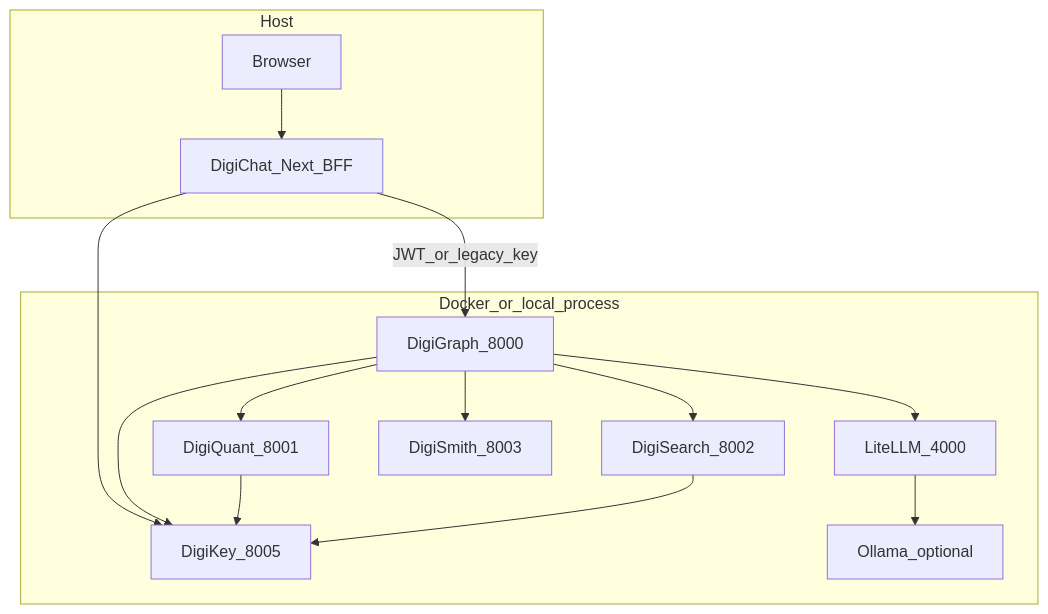
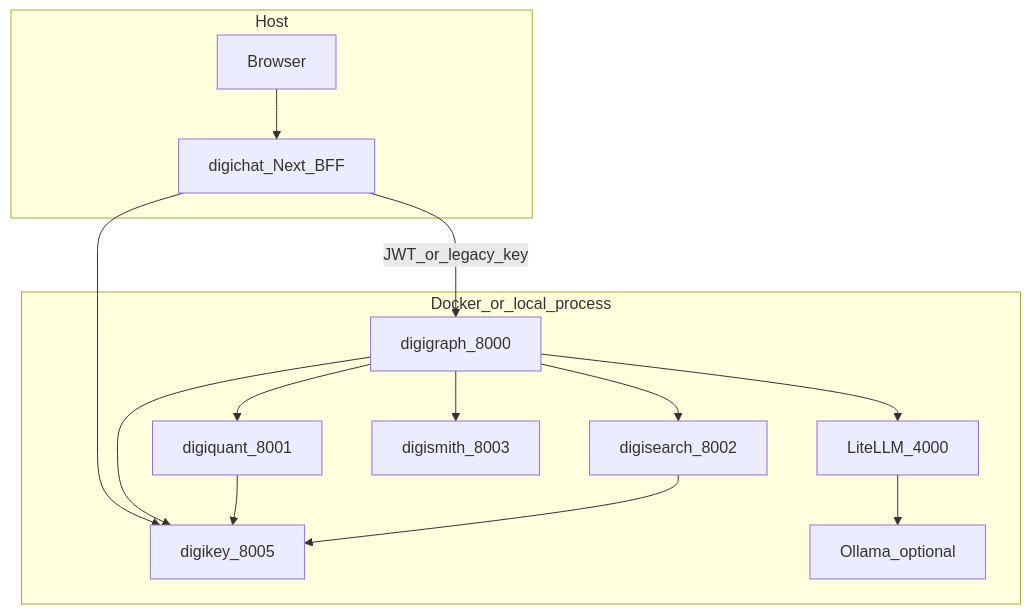
One commit to digithings-ai/digithings changed the diagram in docs/LOCAL_STACK.md. Above: the diagram before and after it, drawn with Mermaid. The commit also changed other lines of this file and 583 other files, not shown here.

````diff
--- a/docs/LOCAL_STACK.md
+++ b/docs/LOCAL_STACK.md
@@ -7,27 +7,27 @@
 ```mermaid
 flowchart TB
   subgraph host [Host]
     Browser[Browser]
-    Next[DigiChat_Next_BFF]
+    Next[digichat_Next_BFF]
   end
   subgraph stack [Docker_or_local_process]
-    DK[DigiKey_8005]
+    DK[digikey_8005]
     LM[LiteLLM_4000]
-    DG[DigiGraph_8000]
-    DQ[DigiQuant_8001]
-    DS[DigiSearch_8002]
-    SM[DigiSmith_8003]
+    DG[digigraph_8000]
+    DQ[digiquant_8001]
+    DS[digisearch_8002]
+    SM[digismith_8003]
     Oll[Ollama_optional]
   end
   Browser --> Next
   Next -->|"JWT_or_legacy_key"| DG
   Next --> DK
   DG --> LM
   DG --> DQ
   DG --> DS
   DG --> SM
   LM --> Oll
   DG --> DK
   DQ --> DK
   DS --> DK
 ```
````
